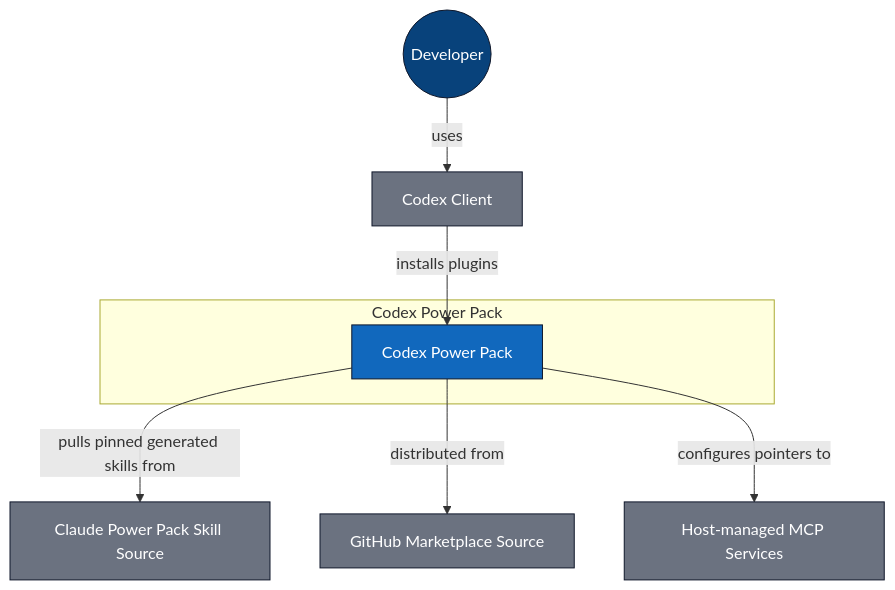
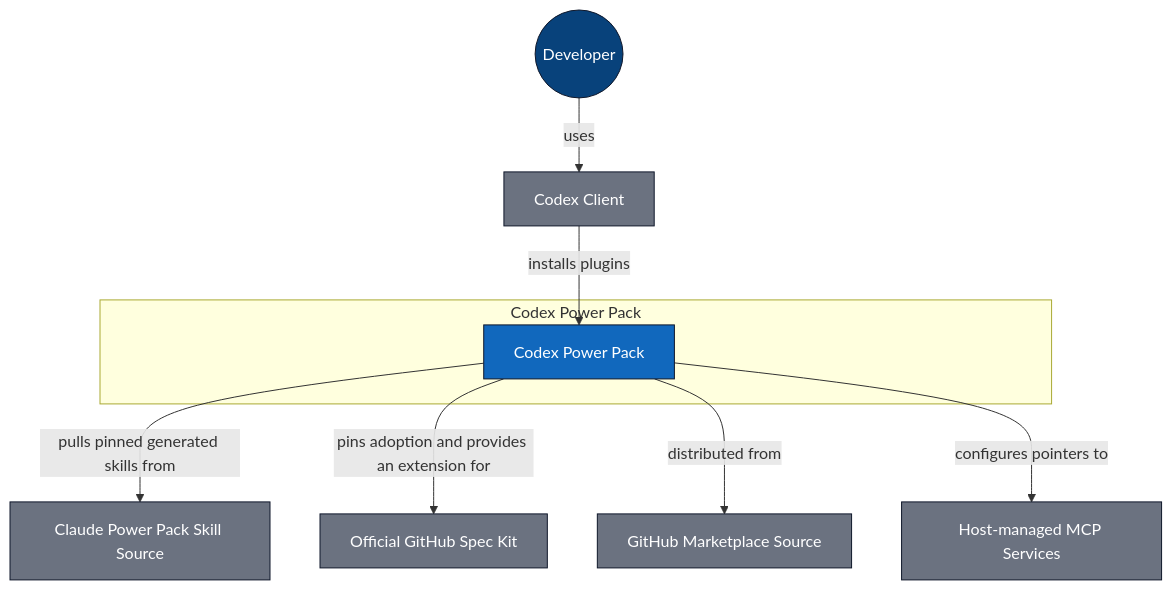
Before and after one commit to cooneycw/codex-power-pack: the first of 4 diagrams in docs/architecture/index.md, drawn with Mermaid. The commit also changed other lines of this file and 95 other files, not shown here.

````diff
--- a/docs/architecture/index.md
+++ b/docs/architecture/index.md
@@ -7,19 +7,21 @@
 ```mermaid
 flowchart TB
   subgraph cxpp_boundary["Codex Power Pack"]
     cxpp["Codex Power Pack"]:::system_focus
   end
   developer(("Developer")):::person
   codex["Codex Client"]:::system
   cpp["Claude Power Pack Skill Source"]:::system
+  spec_kit["Official GitHub Spec Kit"]:::system
   github["GitHub Marketplace Source"]:::system
   host_mcp["Host-managed MCP Services"]:::system
   developer -->|"uses"| codex
   codex -->|"installs plugins"| cxpp
   cxpp -->|"pulls pinned generated skills from"| cpp
+  cxpp -->|"pins adoption and provides an extension for"| spec_kit
   cxpp -->|"distributed from"| github
   cxpp -->|"configures pointers to"| host_mcp
   classDef person fill:#08427b,color:#ffffff,stroke:#0f172a
   classDef system fill:#6b7280,color:#ffffff,stroke:#0f172a
   classDef system_focus fill:#1168bd,color:#ffffff,stroke:#0f172a
 ```
````
